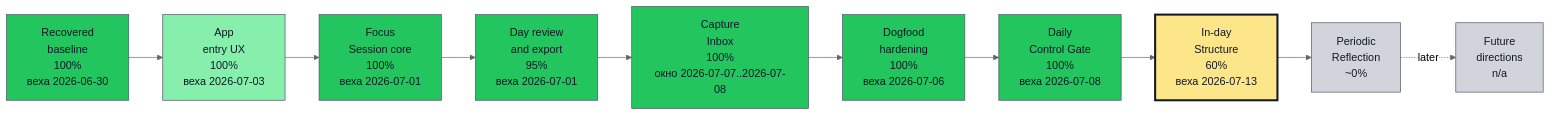
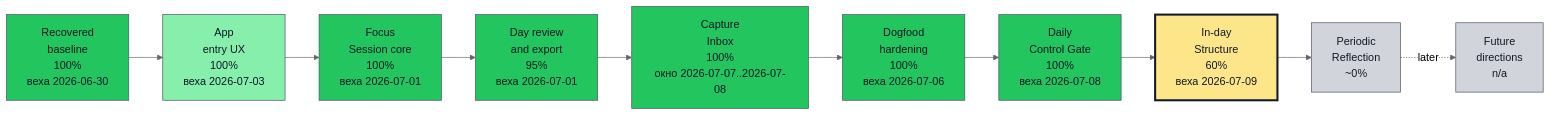
Before and after one commit to asukhodko/timeskein: the first of 2 diagrams in docs/roadmap/opskarta.md, drawn with Mermaid (neutral theme). The commit also changed other lines of this file and 21 other files, not shown here.

````diff
--- a/docs/roadmap/opskarta.md
+++ b/docs/roadmap/opskarta.md
@@ -58,44 +60,44 @@
 ```mermaid
 flowchart LR
 
     classDef exec_done fill:#22c55e,stroke:#4b5563,color:#111827,stroke-width:1px
     classDef exec_in_progress fill:#0ea5e9,stroke:#4b5563,color:#111827,stroke-width:1px
     classDef exec_blocked fill:#fecaca,stroke:#4b5563,color:#111827,stroke-width:1px
     classDef exec_not_started fill:#9ca3af,stroke:#4b5563,color:#111827,stroke-width:1px
     classDef exec_mgmt_green fill:#86efac,stroke:#4b5563,color:#111827,stroke-width:1px
     classDef exec_mgmt_yellow fill:#fde68a,stroke:#4b5563,color:#111827,stroke-width:1px
     classDef exec_mgmt_red fill:#fca5a5,stroke:#4b5563,color:#111827,stroke-width:1px
     classDef exec_mgmt_neutral fill:#d1d5db,stroke:#4b5563,color:#111827,stroke-width:1px
 
     recovered_baseline["Recovered<br/>baseline<br/>100%<br/>веха 2026-06-30"]
     class recovered_baseline exec_done
     app_entry_ux["App<br/>entry UX<br/>100%<br/>веха 2026-07-03"]
     class app_entry_ux exec_mgmt_green
     focus_session_core["Focus<br/>Session core<br/>100%<br/>веха 2026-07-01"]
     class focus_session_core exec_done
     day_review_export["Day review<br/>and export<br/>95%<br/>веха 2026-07-01"]
     class day_review_export exec_done
     capture_inbox["Capture<br/>Inbox<br/>100%<br/>окно 2026-07-07..2026-07-08"]
     class capture_inbox exec_done
     dogfood_hardening["Dogfood<br/>hardening<br/>100%<br/>веха 2026-07-06"]
     class dogfood_hardening exec_done
     daily_control_gate["Daily<br/>Control Gate<br/>100%<br/>веха 2026-07-08"]
     class daily_control_gate exec_done
-    in_day_structure["In-day<br/>Structure<br/>60%<br/>веха 2026-07-13"]
+    in_day_structure["In-day<br/>Structure<br/>60%<br/>веха 2026-07-09"]
     class in_day_structure exec_mgmt_yellow
     style in_day_structure stroke:#111827,stroke-width:3px
     periodic_reflection["Periodic<br/>Reflection<br/>~0%"]
     class periodic_reflection exec_mgmt_neutral
     future_directions["Future<br/>directions<br/>n/a"]
     class future_directions exec_mgmt_neutral
 
     recovered_baseline --> app_entry_ux
     app_entry_ux --> focus_session_core
     focus_session_core --> day_review_export
     day_review_export --> capture_inbox
     capture_inbox --> dogfood_hardening
     dogfood_hardening --> daily_control_gate
     daily_control_gate --> in_day_structure
     in_day_structure --> periodic_reflection
     periodic_reflection -. later .-> future_directions
 ```
````
